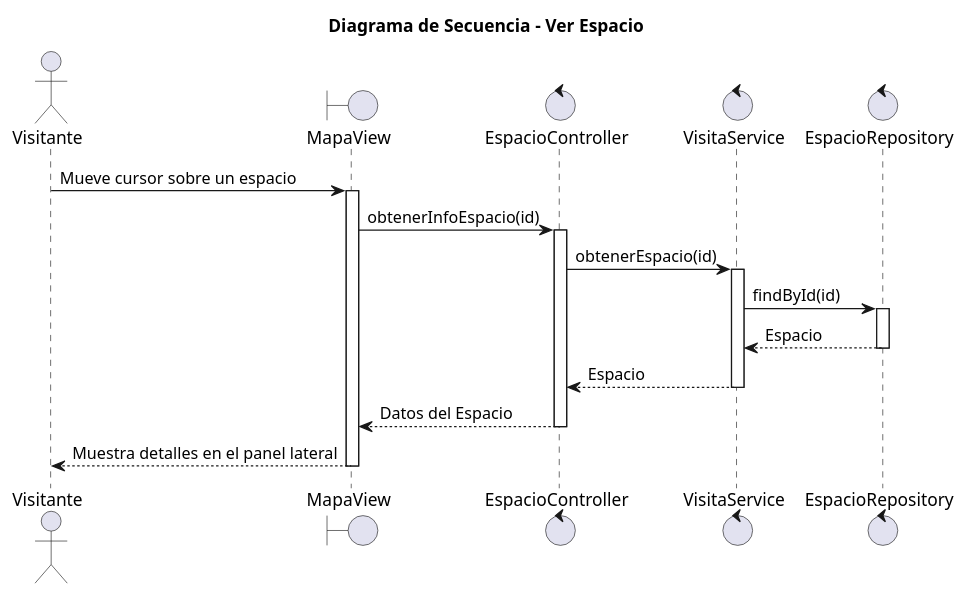
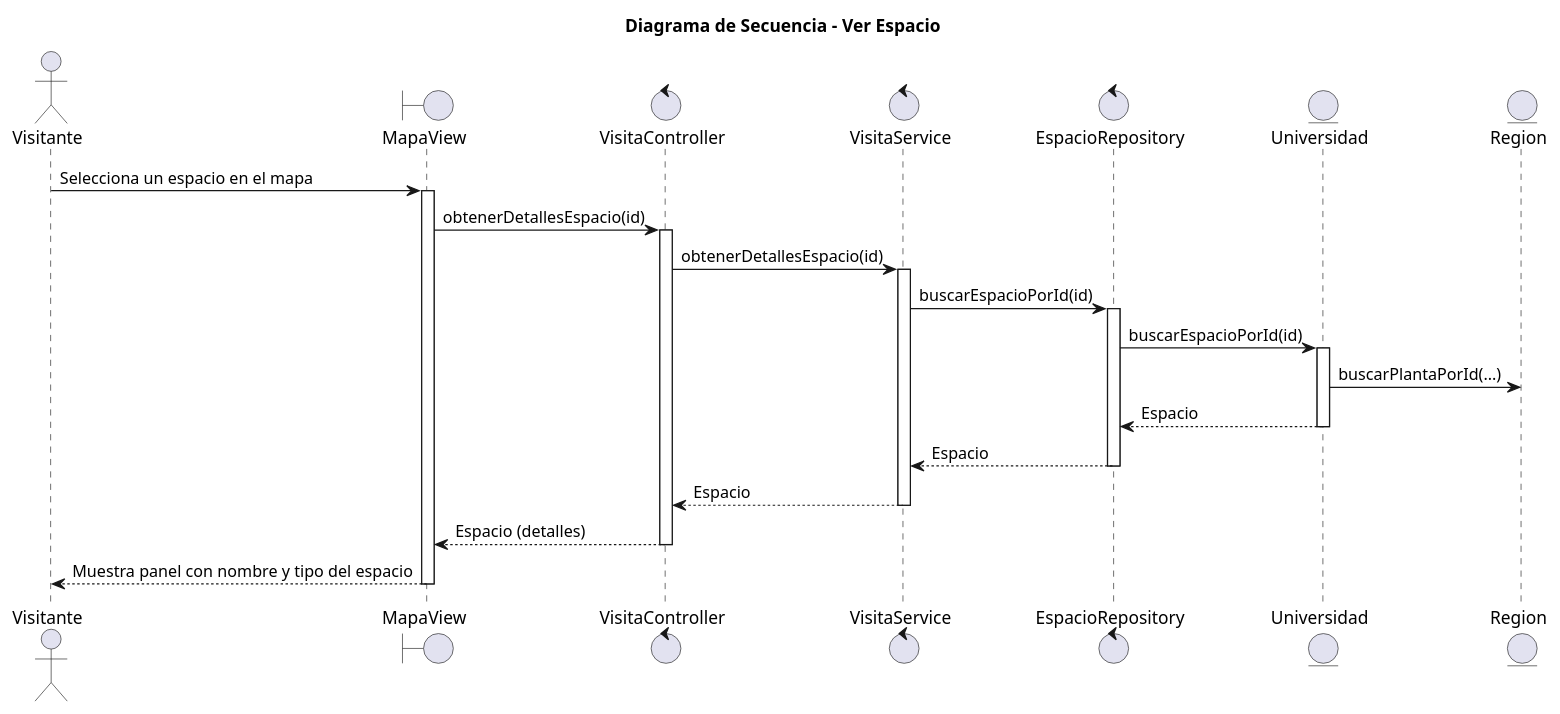
Before and after one commit to mmasias/25-26-idsw2-sdVC: the diagram in modelosUML/02-diseño/01-Visitante/verEspacio/secuencia.puml, drawn with PlantUML. The commit also changed 36 other files, not shown here.

Commit message:
refactor(uml):update design diagrams and specs with new functions

```diff
--- a/modelosUML/02-diseño/01-Visitante/verEspacio/secuencia.puml
+++ b/modelosUML/02-diseño/01-Visitante/verEspacio/secuencia.puml
@@ -1,27 +1,34 @@
 @startuml
 title "Diagrama de Secuencia - Ver Espacio"
 
 actor "Visitante" as visitor
 boundary "MapaView" as view
-control "EspacioController" as controller
+control "VisitaController" as controller
 control "VisitaService" as service
 control "EspacioRepository" as repository
+entity "Universidad" as uni
+entity "Region" as reg
 
-visitor -> view: Mueve cursor sobre un espacio
+visitor -> view: Selecciona un espacio en el mapa
 activate view
-view -> controller: obtenerInfoEspacio(id)
+view -> controller: obtenerDetallesEspacio(id)
 activate controller
-controller -> service: obtenerEspacio(id)
+controller -> service: obtenerDetallesEspacio(id)
 activate service
-service -> repository: findById(id)
+service -> repository: buscarEspacioPorId(id)
 activate repository
+repository -> uni: buscarEspacioPorId(id)
+activate uni
+uni -> reg: buscarPlantaPorId(...)
+uni --> repository: Espacio
+deactivate uni
 repository --> service: Espacio
 deactivate repository
 service --> controller: Espacio
 deactivate service
-controller --> view: Datos del Espacio
+controller --> view: Espacio (detalles)
 deactivate controller
-view --> visitor: Muestra detalles en el panel lateral
+view --> visitor: Muestra panel con nombre y tipo del espacio
 deactivate view
 
 @enduml
```
